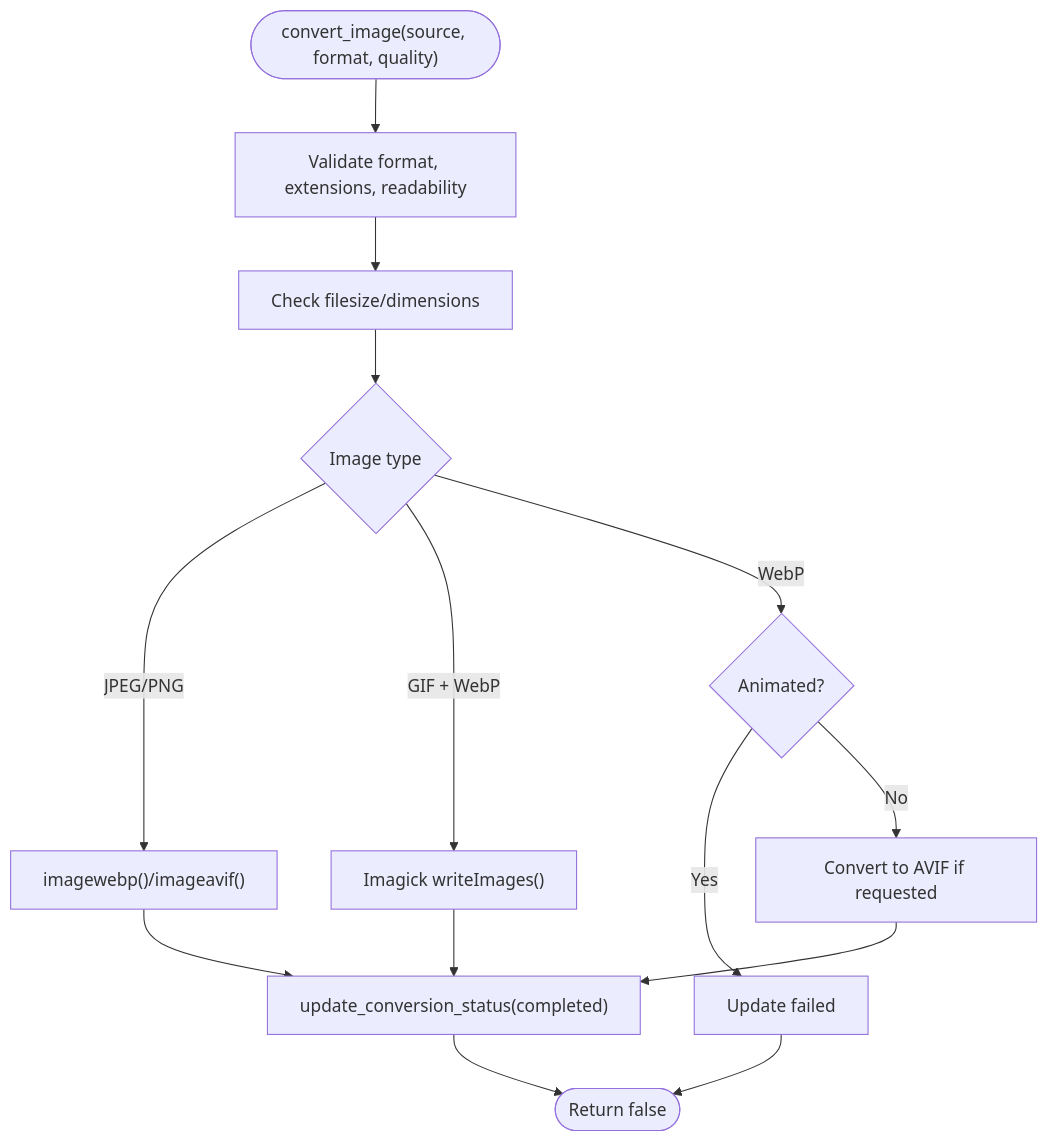
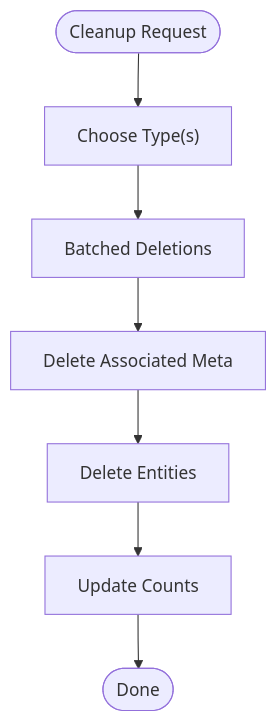
One commit to nilesh32236/performance-optimisation changed the eighth of 10 diagrams in .qoder/repowiki/en/content/Troubleshooting & Support.md. Above: the diagram before and after it, drawn with Mermaid. The commit also changed other lines of this file and 46 other files, not shown here.

````diff
--- a/.qoder/repowiki/en/content/Troubleshooting & Support.md
+++ b/.qoder/repowiki/en/content/Troubleshooting & Support.md
@@ -383,16 +295,9 @@
 ```mermaid
 flowchart TD
-Start(["convert_image(source, format, quality)"]) --> Validate["Validate format, extensions, readability"]
-Validate --> Limits["Check filesize/dimensions"]
-Limits --> Type{"Image type"}
-Type --> |JPEG/PNG| Convert["imagewebp()/imageavif()"]
-Type --> |GIF + WebP| Imagick["Imagick writeImages()"]
-Type --> |WebP| Animated{"Animated?"}
-Animated --> |Yes| Fail["Update failed"]
-Animated --> |No| Avif["Convert to AVIF if requested"]
-Convert --> Update["update_conversion_status(completed)"]
-Imagick --> Update
-Avif --> Update
-Fail --> End(["Return false"])
-Update --> End
+Start(["Cleanup Request"]) --> Choose["Choose Type(s)"]
+Choose --> Batch["Batched Deletions"]
+Batch --> Meta["Delete Associated Meta"]
+Meta --> Posts["Delete Entities"]
+Posts --> Count["Update Counts"]
+Count --> End(["Done"])
 ```
````
